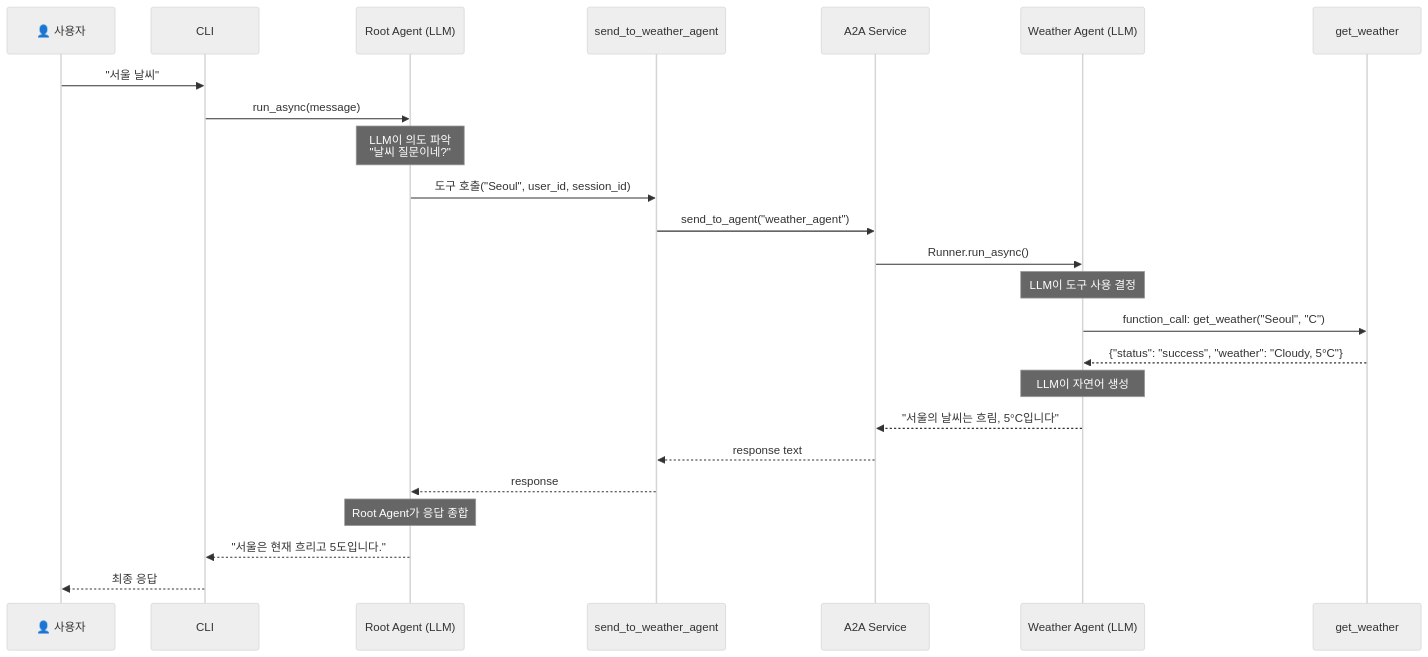
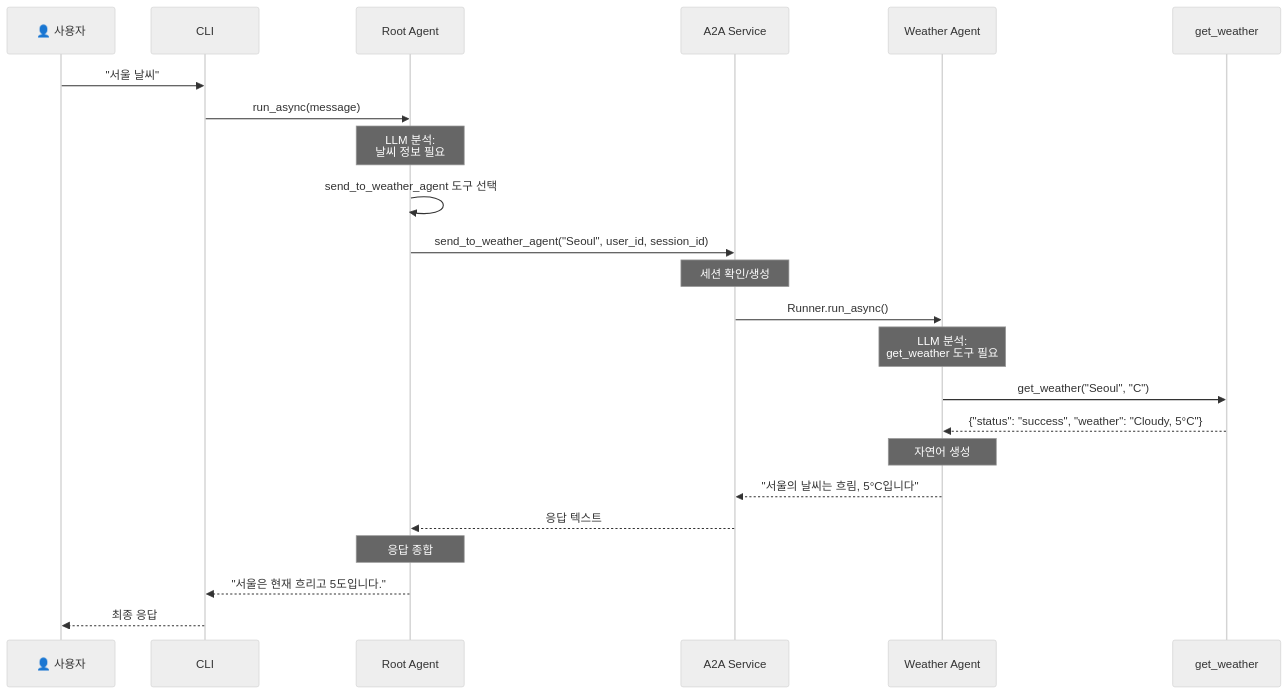
The second of 3 diagrams in README.md (JAEKWANG97/A2A_test), drawn with Mermaid (neutral theme) before and after one commit. The commit also changed other lines of this file, not shown here.

Commit message:
Update README: Professional documentation with clear service flows and agent roles

````diff
--- a/README.md
+++ b/README.md
@@ -53,32 +65,33 @@
 ```mermaid
 sequenceDiagram
     participant U as 👤 사용자
     participant C as CLI
-    participant RA as Root Agent (LLM)
-    participant Tool as send_to_weather_agent
+    participant R as Root Agent
     participant A2A as A2A Service
-    participant WA as Weather Agent (LLM)
-    participant WT as get_weather
+    participant WA as Weather Agent
+    participant Tool as get_weather
     
     U->>C: "서울 날씨"
-    C->>RA: run_async(message)
+    C->>R: run_async(message)
     
-    Note over RA: LLM이 의도 파악<br/>"날씨 질문이네?"
-    RA->>Tool: 도구 호출("Seoul", user_id, session_id)
+    Note over R: LLM 분석:<br/>날씨 정보 필요
     
-    Tool->>A2A: send_to_agent("weather_agent")
+    R->>R: send_to_weather_agent 도구 선택
+    R->>A2A: send_to_weather_agent("Seoul", user_id, session_id)
+    
+    Note over A2A: 세션 확인/생성
     A2A->>WA: Runner.run_async()
     
-    Note over WA: LLM이 도구 사용 결정
-    WA->>WT: function_call: get_weather("Seoul", "C")
-    WT-->>WA: {"status": "success", "weather": "Cloudy, 5°C"}
+    Note over WA: LLM 분석:<br/>get_weather 도구 필요
     
-    Note over WA: LLM이 자연어 생성
+    WA->>Tool: get_weather("Seoul", "C")
+    Tool-->>WA: {"status": "success", "weather": "Cloudy, 5°C"}
+    
+    Note over WA: 자연어 생성
     WA-->>A2A: "서울의 날씨는 흐림, 5°C입니다"
-    A2A-->>Tool: response text
-    Tool-->>RA: response
+    A2A-->>R: 응답 텍스트
     
-    Note over RA: Root Agent가 응답 종합
-    RA-->>C: "서울은 현재 흐리고 5도입니다."
+    Note over R: 응답 종합
+    R-->>C: "서울은 현재 흐리고 5도입니다."
     C-->>U: 최종 응답
 ```
````
